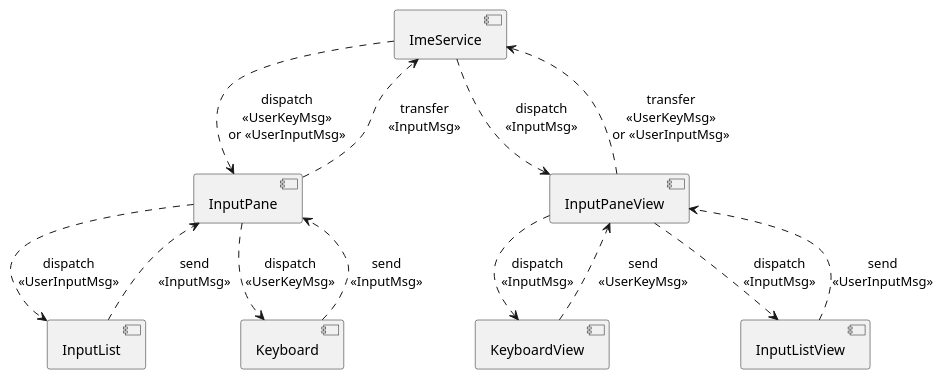
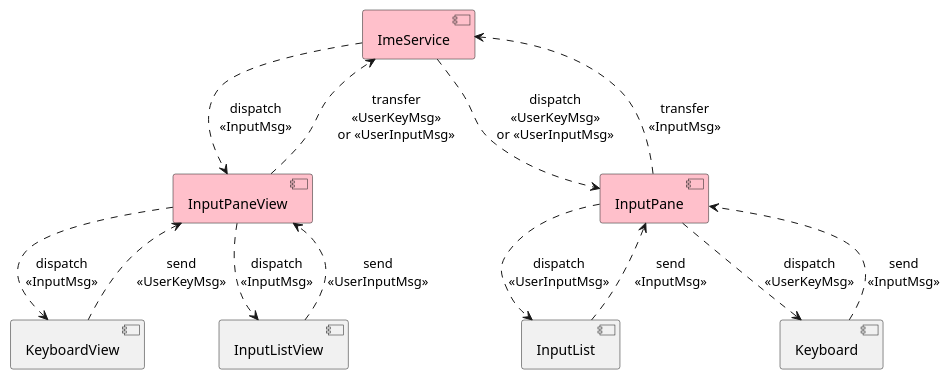
Before and after one commit to crazydan-studio/kuaizi-ime-android: the second of 2 diagrams in README.md, drawn with PlantUML. The commit also changed other lines of this file and 1 other file, not shown here.

````diff
--- a/README.md
+++ b/README.md
@@ -111,28 +111,28 @@
 ```plantuml
 @startuml
-component [ImeService] as ime_svc
+component [ImeService] as ime_svc #pink
 
-component [InputPane] as input_pane
+component [InputPaneView] as input_pane_view #pink
+component [KeyboardView] as keyboard_view
+component [InputListView] as input_list_view
+
+component [InputPane] as input_pane #pink
 component [InputList] as input_list
 component [Keyboard] as keyboard
 
-component [InputPaneView] as input_pane_view
-component [KeyboardView] as keyboard_view
-component [InputListView] as input_list_view
+keyboard_view ..> input_pane_view: send\n<<UserKeyMsg>>
+input_list_view ..> input_pane_view: send\n<<UserInputMsg>>
+input_pane_view ..> ime_svc: transfer\n<<UserKeyMsg>>\nor <<UserInputMsg>>
+ime_svc ..> input_pane: dispatch\n<<UserKeyMsg>>\nor <<UserInputMsg>>
+input_pane ..> keyboard: dispatch\n<<UserKeyMsg>>
+input_pane ..> input_list: dispatch\n<<UserInputMsg>>
 
 keyboard ..> input_pane: send\n<<InputMsg>>
 input_list ..> input_pane: send\n<<InputMsg>>
 input_pane ..> ime_svc: transfer\n<<InputMsg>>
 ime_svc ..> input_pane_view: dispatch\n<<InputMsg>>
 input_pane_view ..> keyboard_view: dispatch\n<<InputMsg>>
 input_pane_view ..> input_list_view: dispatch\n<<InputMsg>>
 
-keyboard_view ..> input_pane_view: send\n<<UserKeyMsg>>
-input_list_view ..> input_pane_view: send\n<<UserInputMsg>>
-input_pane_view ..> ime_svc: transfer\n<<UserKeyMsg>>\nor <<UserInputMsg>>
-ime_svc ..> input_pane: dispatch\n<<UserKeyMsg>>\nor <<UserInputMsg>>
-input_pane ..> keyboard: dispatch\n<<UserKeyMsg>>
-input_pane ..> input_list: dispatch\n<<UserInputMsg>>
-
 @enduml
 ```
````
